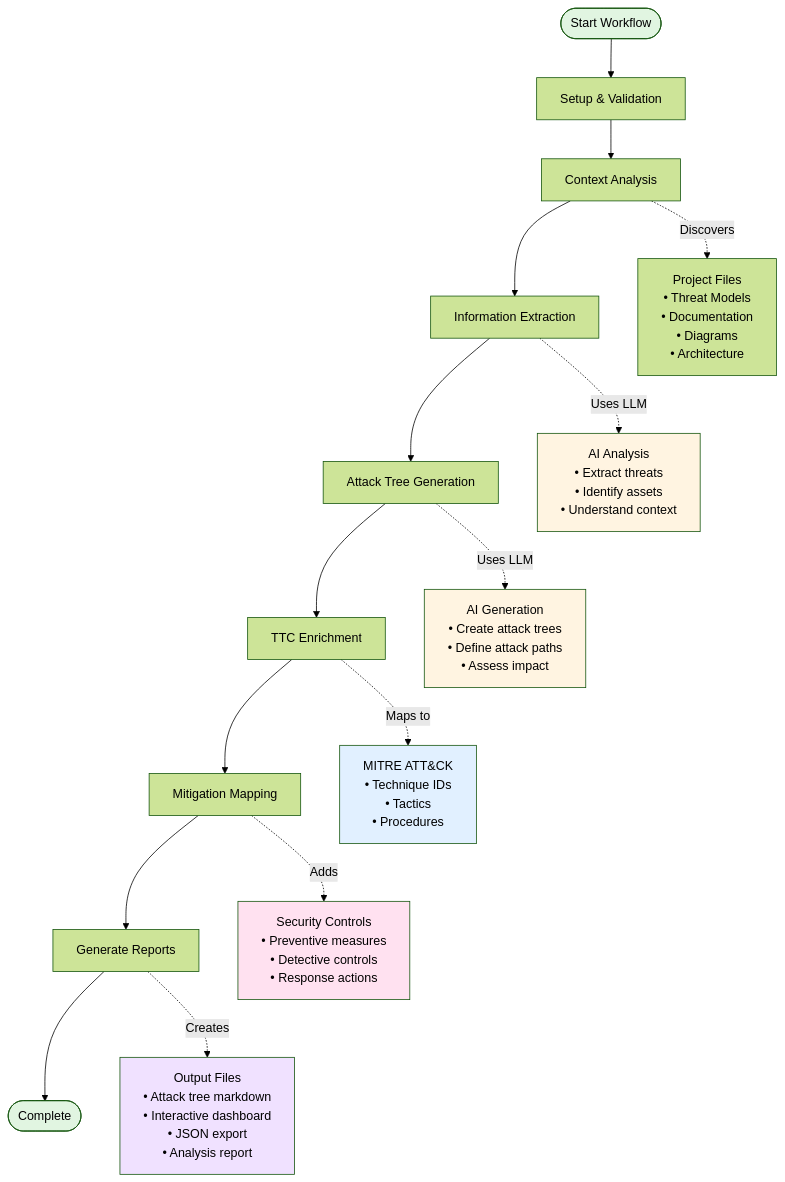
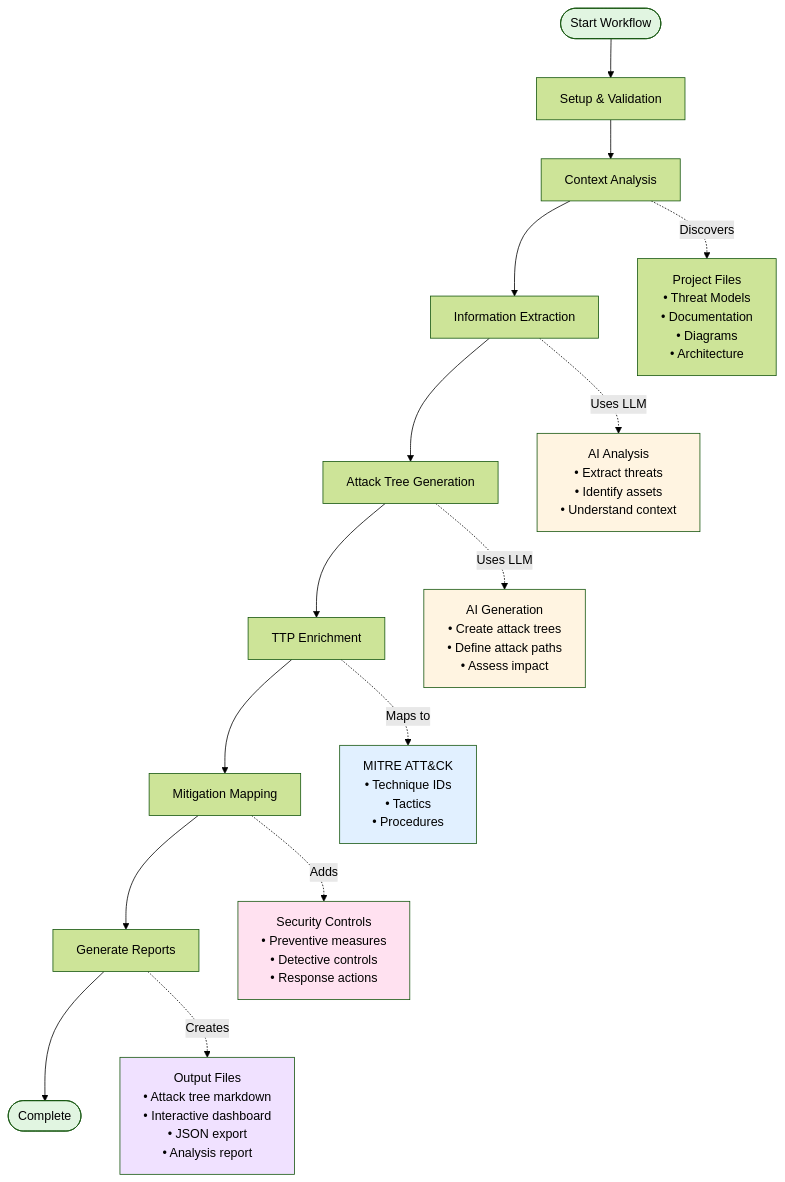
One commit to aws-samples/sample-agentic-attack-tree-generator changed the diagram in README.md. Above: the diagram before and after it, drawn with Mermaid (forest theme). The commit also changed other lines of this file and 3 other files, not shown here.

````diff
--- a/README.md
+++ b/README.md
@@ -38,31 +191,31 @@
 ```mermaid
 graph TB
     Start([Start Workflow]) --> Setup[Setup & Validation]
     Setup --> Context[Context Analysis]
     Context --> Extract[Information Extraction]
     Extract --> Generate[Attack Tree Generation]
-    Generate --> Enrich[TTC Enrichment]
+    Generate --> Enrich[TTP Enrichment]
     Enrich --> Mitigate[Mitigation Mapping]
     Mitigate --> Summary[Generate Reports]
     Summary --> End([Complete])
     
     Context -.->|Discovers| Files[Project Files<br/>• Threat Models<br/>• Documentation<br/>• Diagrams<br/>• Architecture]
     
     Extract -.->|Uses LLM| AI1[AI Analysis<br/>• Extract threats<br/>• Identify assets<br/>• Understand context]
     
     Generate -.->|Uses LLM| AI2[AI Generation<br/>• Create attack trees<br/>• Define attack paths<br/>• Assess impact]
     
     Enrich -.->|Maps to| MITRE[MITRE ATT&CK<br/>• Technique IDs<br/>• Tactics<br/>• Procedures]
     
     Mitigate -.->|Adds| Controls[Security Controls<br/>• Preventive measures<br/>• Detective controls<br/>• Response actions]
     
     Summary -.->|Creates| Output[Output Files<br/>• Attack tree markdown<br/>• Interactive dashboard<br/>• JSON export<br/>• Analysis report]
     
     style Start fill:#e1f5e1
     style End fill:#e1f5e1
     style AI1 fill:#fff4e1
     style AI2 fill:#fff4e1
     style MITRE fill:#e1f0ff
     style Controls fill:#ffe1f0
     style Output fill:#f0e1ff
 ```
````
